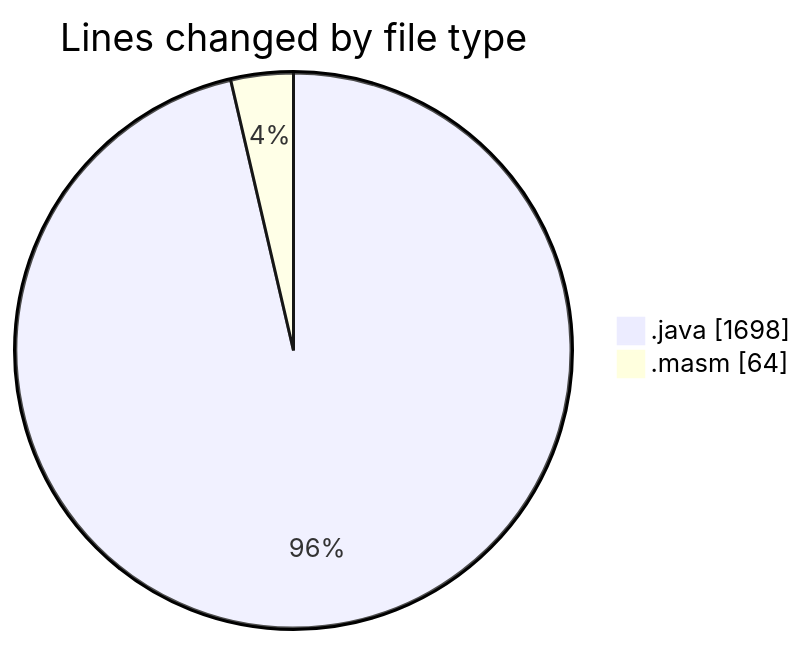
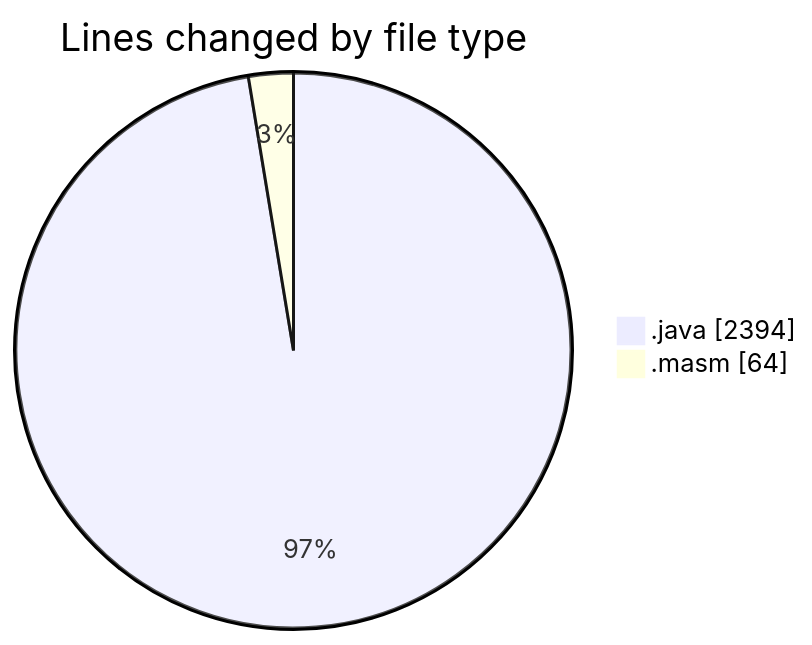
The first of 2 diagrams in 2025-02-19/masm/README.md (charlie-sans/code-tracking), drawn with Mermaid before and after one commit. The commit also changed other lines of this file and 1 other file, not shown here.

````diff
--- a/2025-02-19/masm/README.md
+++ b/2025-02-19/masm/README.md
@@ -25,6 +26,6 @@
 ```mermaid
 pie showData
 title Lines changed by file type
-".java" : 1698
+".java" : 2394
 ".masm" : 64
 ```
````
